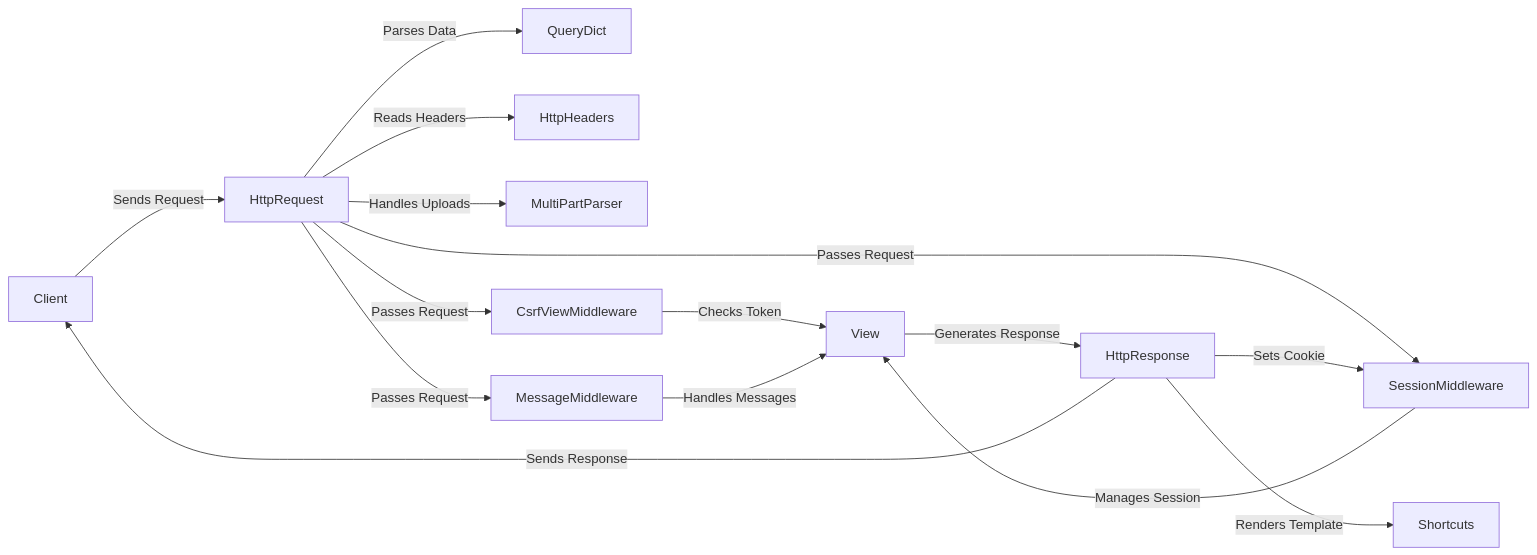
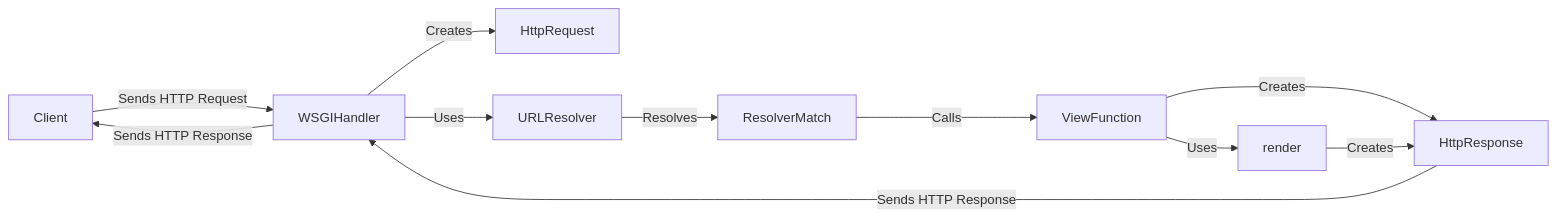
One commit to CodeBoarding/GeneratedOnBoardings changed the diagram in django/Request Handling.md. Above: the diagram before and after it, drawn with Mermaid. The commit also changed other lines of this file and 7 other files, not shown here.

````diff
--- a/django/Request Handling.md
+++ b/django/Request Handling.md
@@ -7,19 +7,18 @@
 ```mermaid
 graph LR
-    Client[Client] -- Sends Request --> HttpRequest[HttpRequest] 
-    HttpRequest -- Parses Data --> QueryDict[QueryDict]
-    HttpRequest -- Reads Headers --> HttpHeaders[HttpHeaders]
-    HttpRequest -- Handles Uploads --> MultiPartParser[MultiPartParser]
-    HttpRequest -- Passes Request --> CsrfViewMiddleware[CsrfViewMiddleware]
-    CsrfViewMiddleware -- Checks Token --> View[View]
-    HttpRequest -- Passes Request --> SessionMiddleware[SessionMiddleware]
-    SessionMiddleware -- Manages Session --> View
-    HttpRequest -- Passes Request --> MessageMiddleware[MessageMiddleware]
-    MessageMiddleware -- Handles Messages --> View
-    View -- Generates Response --> HttpResponse[HttpResponse]
-    HttpResponse -- Sets Cookie --> SessionMiddleware
-    HttpResponse -- Renders Template --> Shortcuts[Shortcuts]
-    HttpResponse -- Sends Response --> Client
+    Client[Client] -- Sends HTTP Request --> WSGIHandler
+    WSGIHandler -- Creates --> HttpRequest
+    WSGIHandler -- Uses --> URLResolver
+    URLResolver -- Resolves --> ResolverMatch
+    ResolverMatch -- Calls --> ViewFunction
+    ViewFunction -- Creates --> HttpResponse
+    ViewFunction -- Uses --> render
+    render -- Creates --> HttpResponse
+    HttpResponse -- Sends HTTP Response --> WSGIHandler
+    WSGIHandler -- Sends HTTP Response --> Client
+
+
+
 
 
 ```
````
